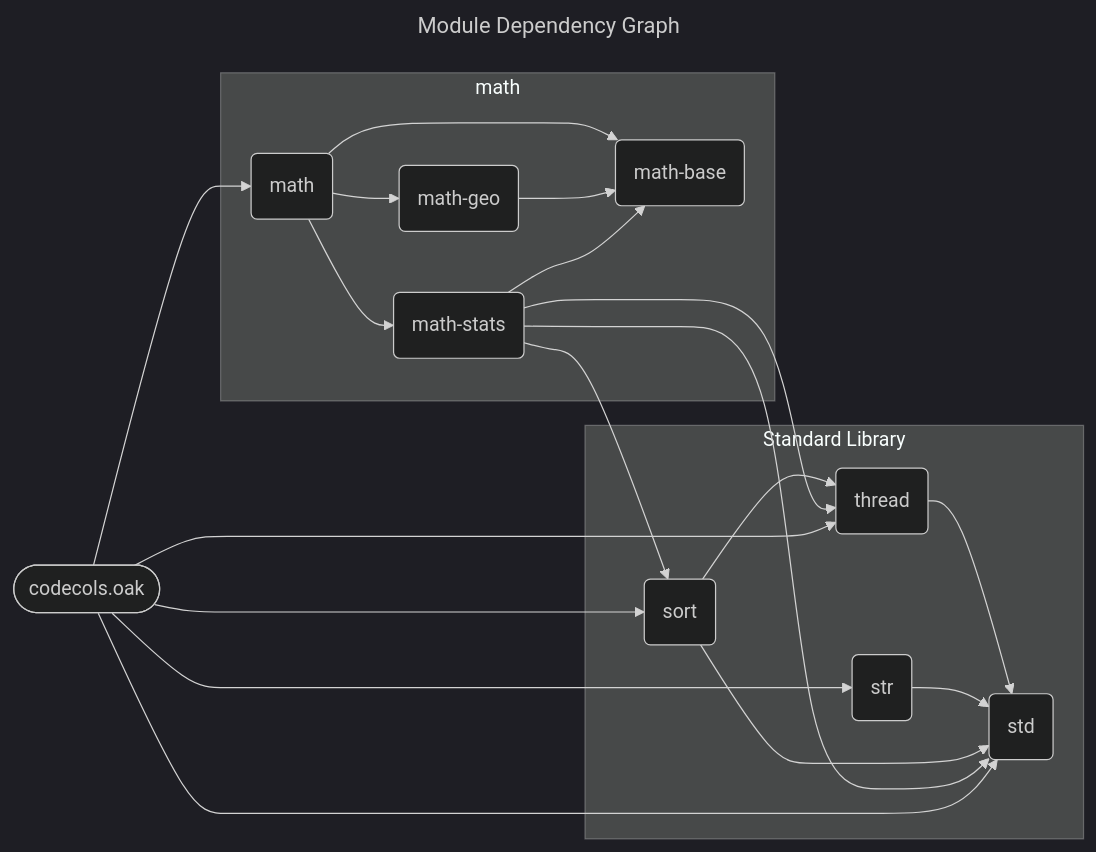
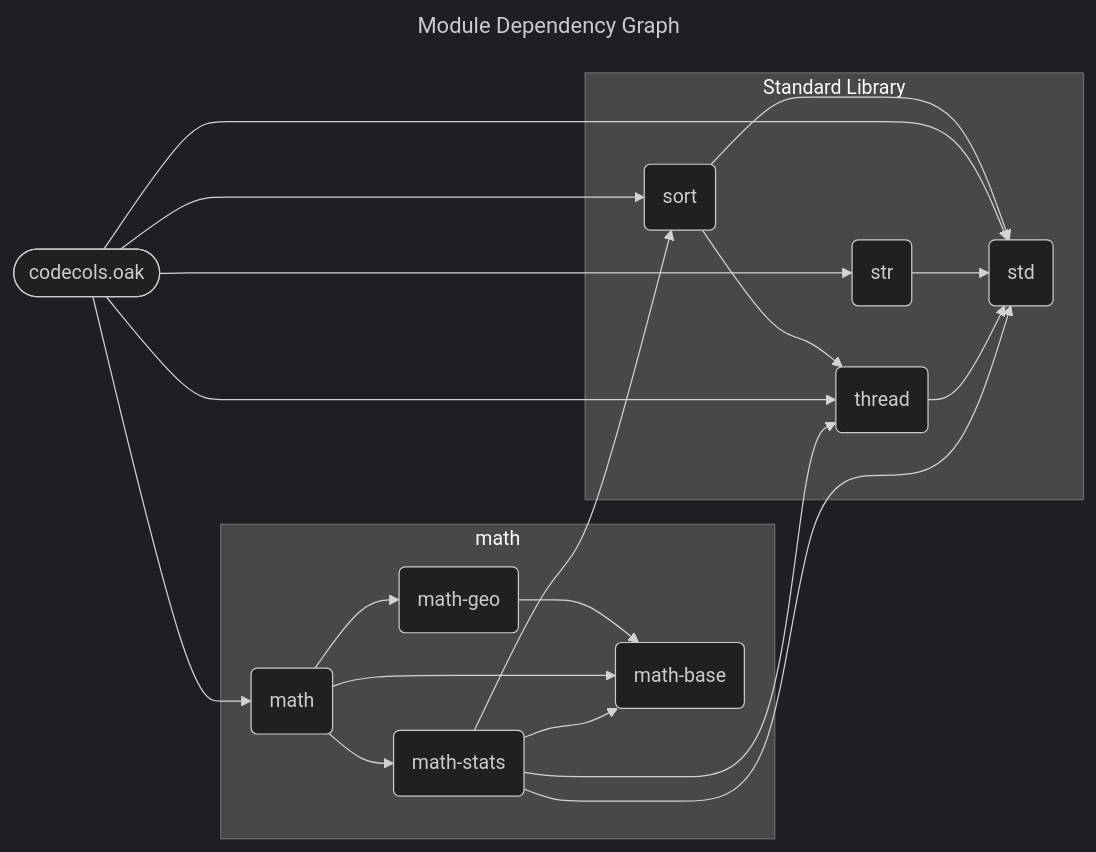
One commit to SpcFORK/magnolia changed the diagram in docs/spec/codecols.mmd. Above: the diagram before and after it, drawn with Mermaid (dark theme). The commit also changed other lines of this file and 150 other files, not shown here.

First line of the commit message:
Refactor module dependency graphs and enhance Go code generation

```diff
--- a/docs/spec/codecols.mmd
+++ b/docs/spec/codecols.mmd
@@ -1,34 +1,34 @@
 ---
 title: Module Dependency Graph
 ---
 flowchart LR
     lib_codecols_oak(["codecols.oak"])
     subgraph stdlib_math ["math"]
-        math_stats("math-stats")
-        math_base("math-base")
         math_geo("math-geo")
         math("math")
+        math_base("math-base")
+        math_stats("math-stats")
     end
     subgraph stdlib_core ["Standard Library"]
+        std("std")
         sort("sort")
         str("str")
         thread("thread")
-        std("std")
     end
+    math_geo --> math_base
+    sort --> std
+    sort --> thread
+    math --> math_base
+    math --> math_geo
+    math --> math_stats
     lib_codecols_oak --> std
     lib_codecols_oak --> str
     lib_codecols_oak --> sort
     lib_codecols_oak --> math
     lib_codecols_oak --> thread
+    str --> std
+    thread --> std
     math_stats --> std
     math_stats --> sort
     math_stats --> math_base
     math_stats --> thread
-    sort --> std
-    sort --> thread
-    math_geo --> math_base
-    str --> std
-    thread --> std
-    math --> math_base
-    math --> math_geo
-    math --> math_stats
```
